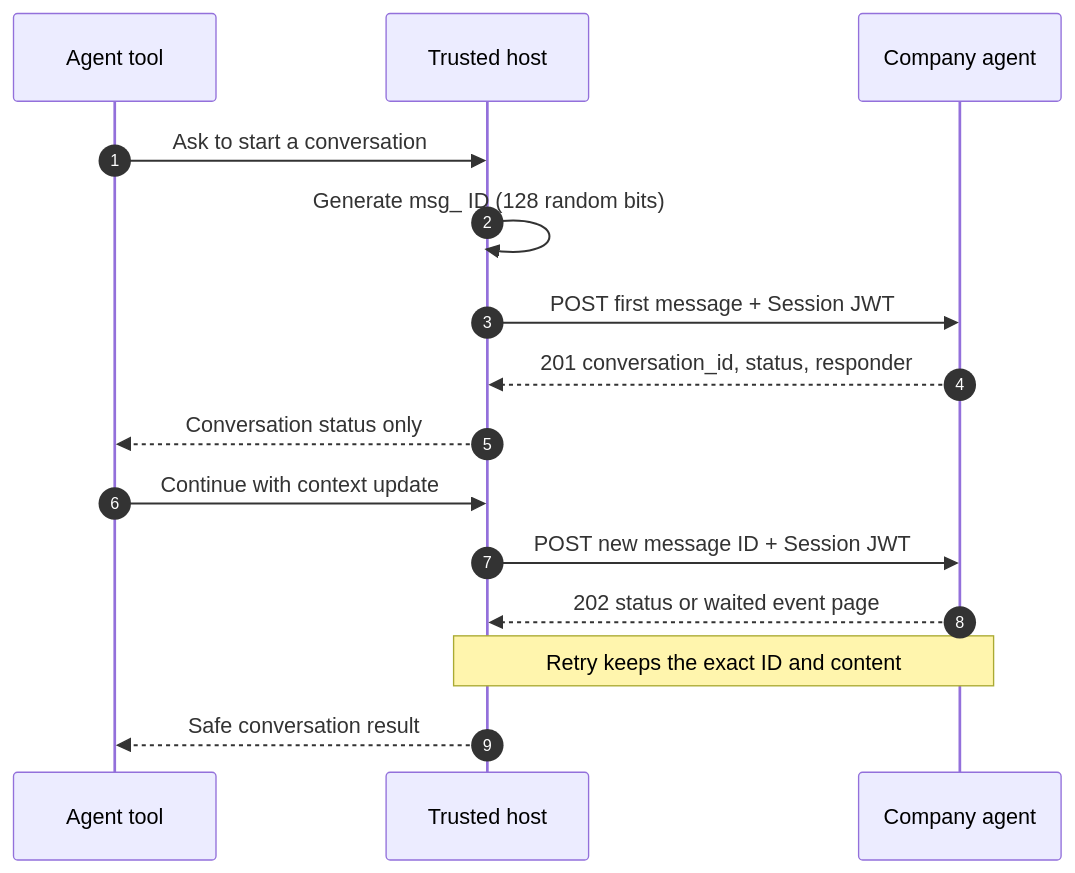
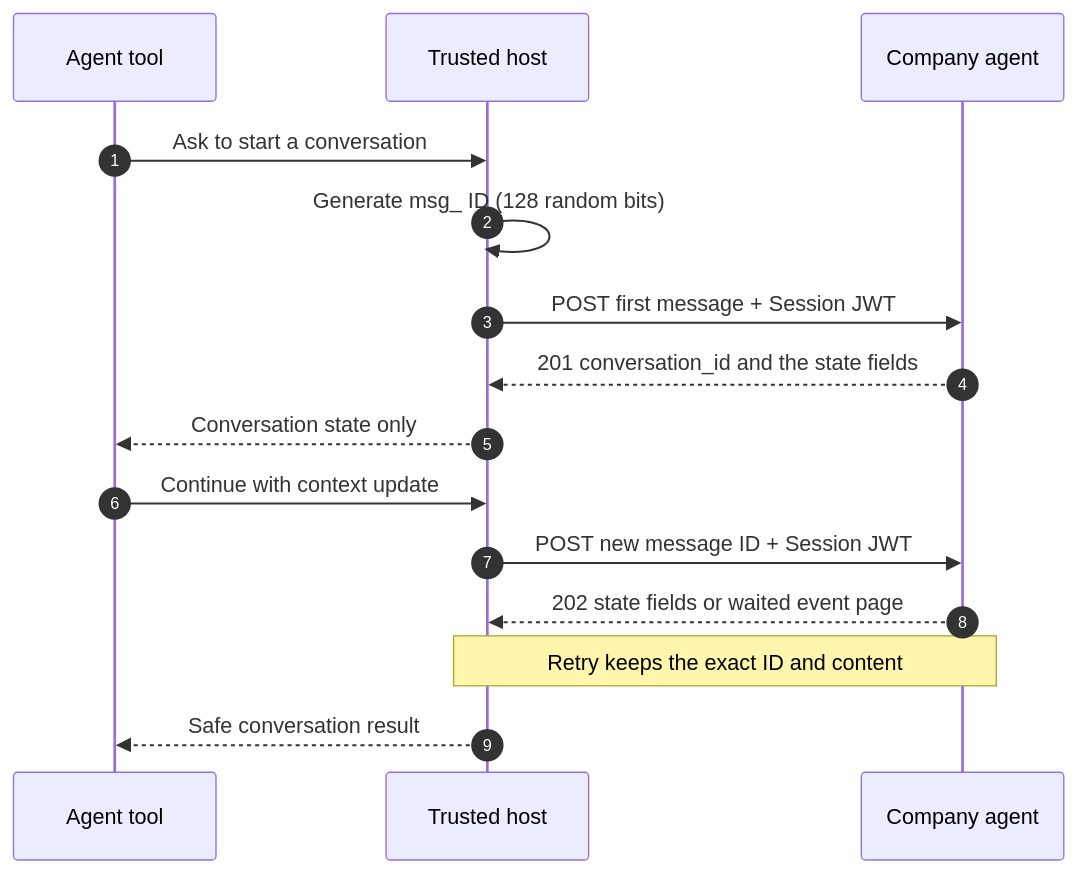
One commit to datalayer/personal-agent-protocol changed the diagram in docs/docs/examples/conversation-messages.mdx. Above: the diagram before and after it, drawn with Mermaid. The commit also changed 57 other files, not shown here.

````diff
--- a/docs/docs/examples/conversation-messages.mdx
+++ b/docs/docs/examples/conversation-messages.mdx
@@ -18,17 +18,17 @@
 ```mermaid
 sequenceDiagram
   autonumber
   participant A as Agent tool
   participant H as Trusted host
   participant C as Company agent
   A->>H: Ask to start a conversation
   H->>H: Generate msg_ ID (128 random bits)
   H->>C: POST first message + Session JWT
-  C-->>H: 201 conversation_id, status, responder
-  H-->>A: Conversation status only
+  C-->>H: 201 conversation_id and the state fields
+  H-->>A: Conversation state only
   A->>H: Continue with context update
   H->>C: POST new message ID + Session JWT
-  C-->>H: 202 status or waited event page
+  C-->>H: 202 state fields or waited event page
   Note over H,C: Retry keeps the exact ID and content
   H-->>A: Safe conversation result
 ```
````
